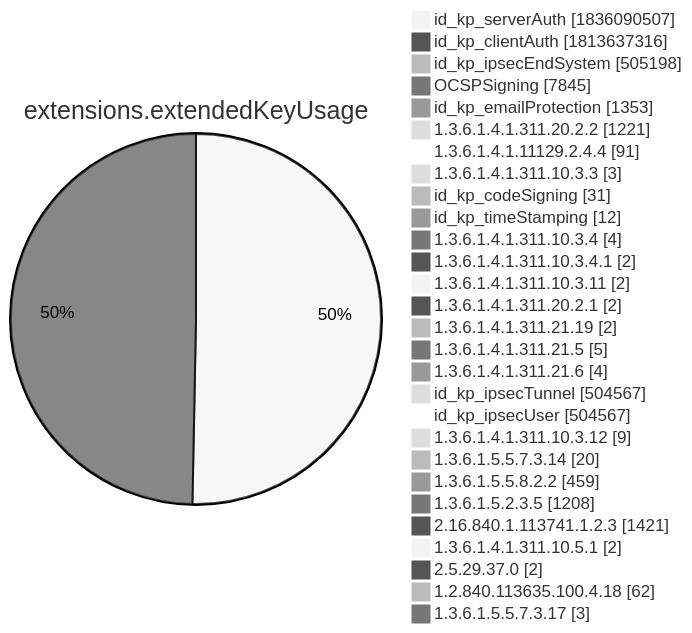
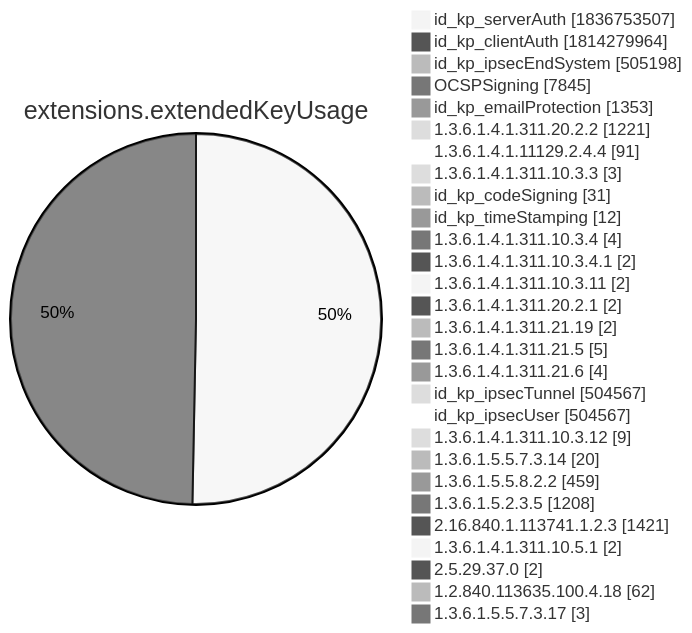
Diagram 12 of 15 in xenon2022/README.md (christiankrug/ctmonitor_visualization), drawn with Mermaid (neutral theme) before and after one commit. The commit also changed other lines of this file, not shown here.

````diff
--- a/xenon2022/README.md
+++ b/xenon2022/README.md
@@ -3896,32 +3896,32 @@
 ```mermaid
 pie showData
 title extensions.extendedKeyUsage
-"id_kp_serverAuth" :1836090507
-"id_kp_clientAuth" :1813637316
+"id_kp_serverAuth" :1836753507
+"id_kp_clientAuth" :1814279964
 "id_kp_ipsecEndSystem" :505198
 "OCSPSigning" :7845
 "id_kp_emailProtection" :1353
 "1.3.6.1.4.1.311.20.2.2" :1221
 "1.3.6.1.4.1.11129.2.4.4" :91
 "1.3.6.1.4.1.311.10.3.3" :3
 "id_kp_codeSigning" :31
 "id_kp_timeStamping" :12
 "1.3.6.1.4.1.311.10.3.4" :4
 "1.3.6.1.4.1.311.10.3.4.1" :2
 "1.3.6.1.4.1.311.10.3.11" :2
 "1.3.6.1.4.1.311.20.2.1" :2
 "1.3.6.1.4.1.311.21.19" :2
 "1.3.6.1.4.1.311.21.5" :5
 "1.3.6.1.4.1.311.21.6" :4
 "id_kp_ipsecTunnel" :504567
 "id_kp_ipsecUser" :504567
 "1.3.6.1.4.1.311.10.3.12" :9
 "1.3.6.1.5.5.7.3.14" :20
 "1.3.6.1.5.5.8.2.2" :459
 "1.3.6.1.5.2.3.5" :1208
 "2.16.840.1.113741.1.2.3" :1421
 "1.3.6.1.4.1.311.10.5.1" :2
 "2.5.29.37.0" :2
 "1.2.840.113635.100.4.18" :62
 "1.3.6.1.5.5.7.3.17" :3
 ```
````
